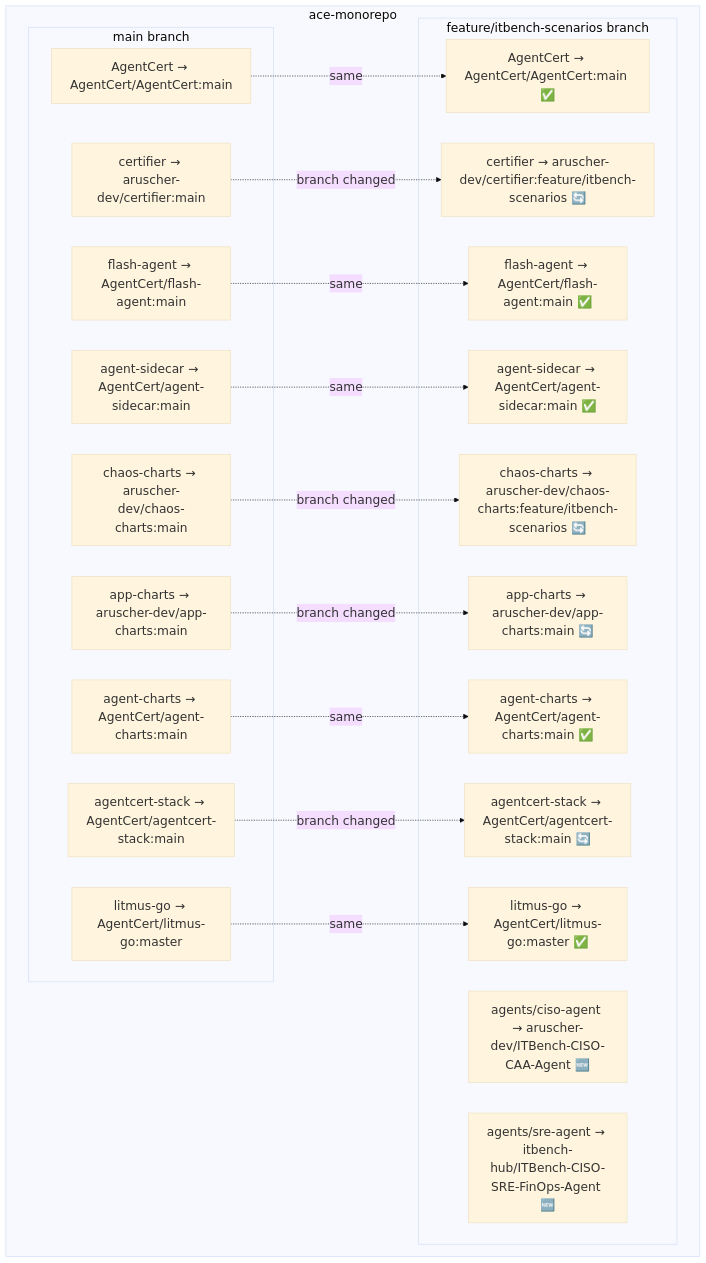
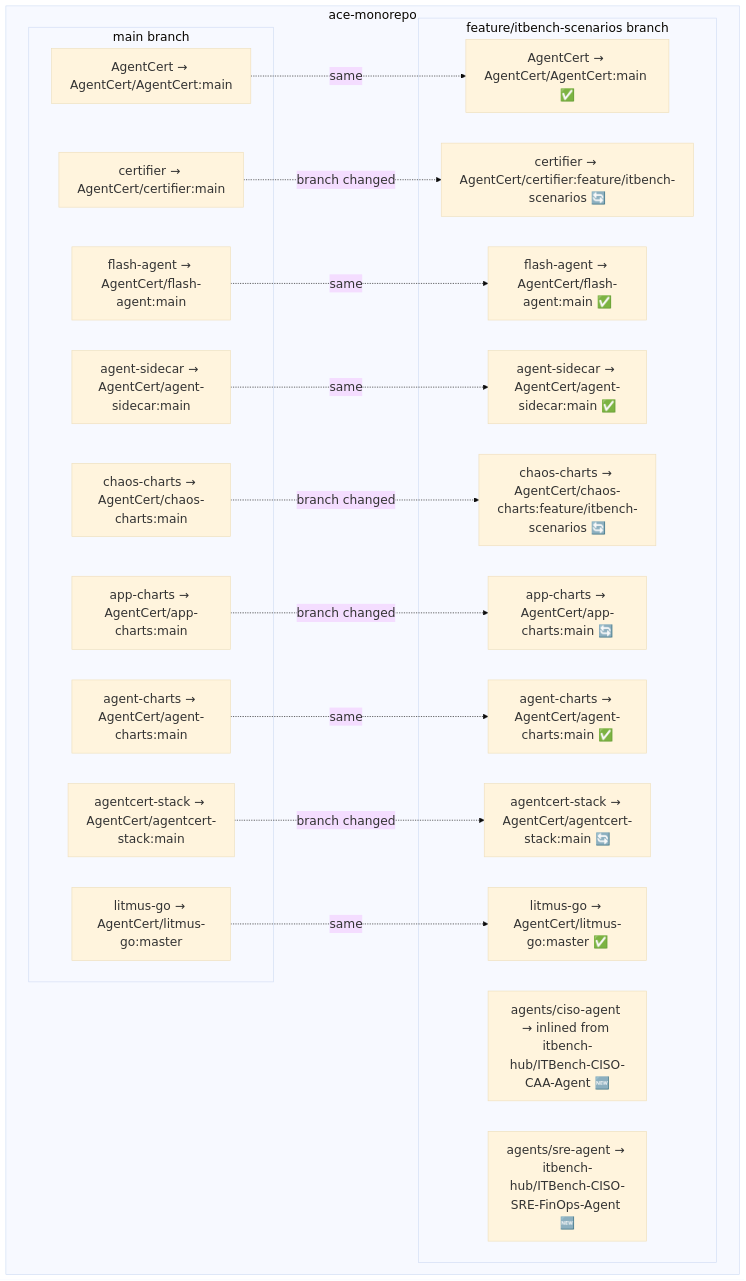
One commit to AgentCert/ace-monorepo changed the fourth of 4 diagrams in ACE_ARCHITECTURE.md. Above: the diagram before and after it, drawn with Mermaid. The commit also changed other lines of this file and 5 other files, not shown here.

````diff
--- a/ACE_ARCHITECTURE.md
+++ b/ACE_ARCHITECTURE.md
@@ -222,41 +222,41 @@
 ```mermaid
 %%{init: {'theme': 'base', 'themeVariables': {'fontSize': '20px', 'fontFamily': 'monospace'}}}%%
 flowchart TD
     subgraph MONO["ace-monorepo"]
         subgraph MAIN_COL["main branch"]
             M1["AgentCert → AgentCert/AgentCert:main"]
-            M2["certifier → aruscher-dev/certifier:main"]
+            M2["certifier → AgentCert/certifier:main"]
             M3["flash-agent → AgentCert/flash-agent:main"]
             M4["agent-sidecar → AgentCert/agent-sidecar:main"]
-            M5["chaos-charts → aruscher-dev/chaos-charts:main"]
-            M6["app-charts → aruscher-dev/app-charts:main"]
+            M5["chaos-charts → AgentCert/chaos-charts:main"]
+            M6["app-charts → AgentCert/app-charts:main"]
             M7["agent-charts → AgentCert/agent-charts:main"]
             M8["agentcert-stack → AgentCert/agentcert-stack:main"]
             M9["litmus-go → AgentCert/litmus-go:master"]
         end
 
         subgraph ITB_COL["feature/itbench-scenarios branch"]
             I1["AgentCert → AgentCert/AgentCert:main ✅"]
-            I2["certifier → aruscher-dev/certifier:feature/itbench-scenarios 🔄"]
+            I2["certifier → AgentCert/certifier:feature/itbench-scenarios 🔄"]
             I3["flash-agent → AgentCert/flash-agent:main ✅"]
             I4["agent-sidecar → AgentCert/agent-sidecar:main ✅"]
-            I5["chaos-charts → aruscher-dev/chaos-charts:feature/itbench-scenarios 🔄"]
-            I6["app-charts → aruscher-dev/app-charts:main 🔄"]
+            I5["chaos-charts → AgentCert/chaos-charts:feature/itbench-scenarios 🔄"]
+            I6["app-charts → AgentCert/app-charts:main 🔄"]
             I7["agent-charts → AgentCert/agent-charts:main ✅"]
             I8["agentcert-stack → AgentCert/agentcert-stack:main 🔄"]
             I9["litmus-go → AgentCert/litmus-go:master ✅"]
-            I10["agents/ciso-agent → aruscher-dev/ITBench-CISO-CAA-Agent 🆕"]
+            I10["agents/ciso-agent → inlined from itbench-hub/ITBench-CISO-CAA-Agent 🆕"]
             I11["agents/sre-agent → itbench-hub/ITBench-CISO-SRE-FinOps-Agent 🆕"]
         end
     end
 
     M1 -.->|"same"| I1
     M2 -.->|"branch changed"| I2
     M3 -.->|"same"| I3
     M4 -.->|"same"| I4
     M5 -.->|"branch changed"| I5
     M6 -.->|"branch changed"| I6
     M7 -.->|"same"| I7
     M8 -.->|"branch changed"| I8
     M9 -.->|"same"| I9
 ```
````
